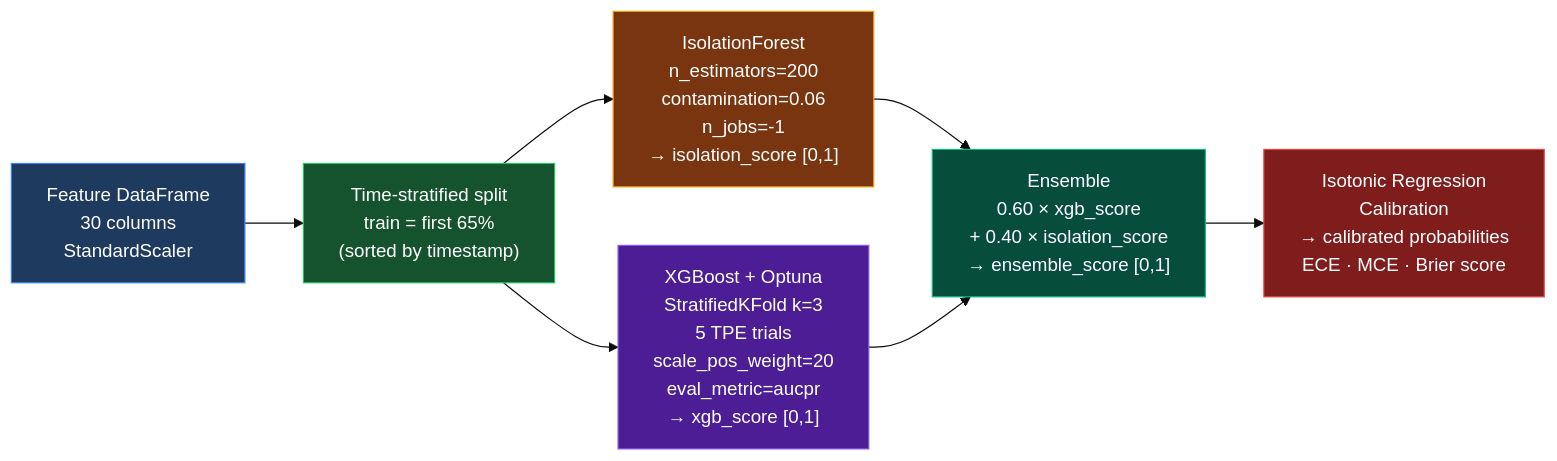
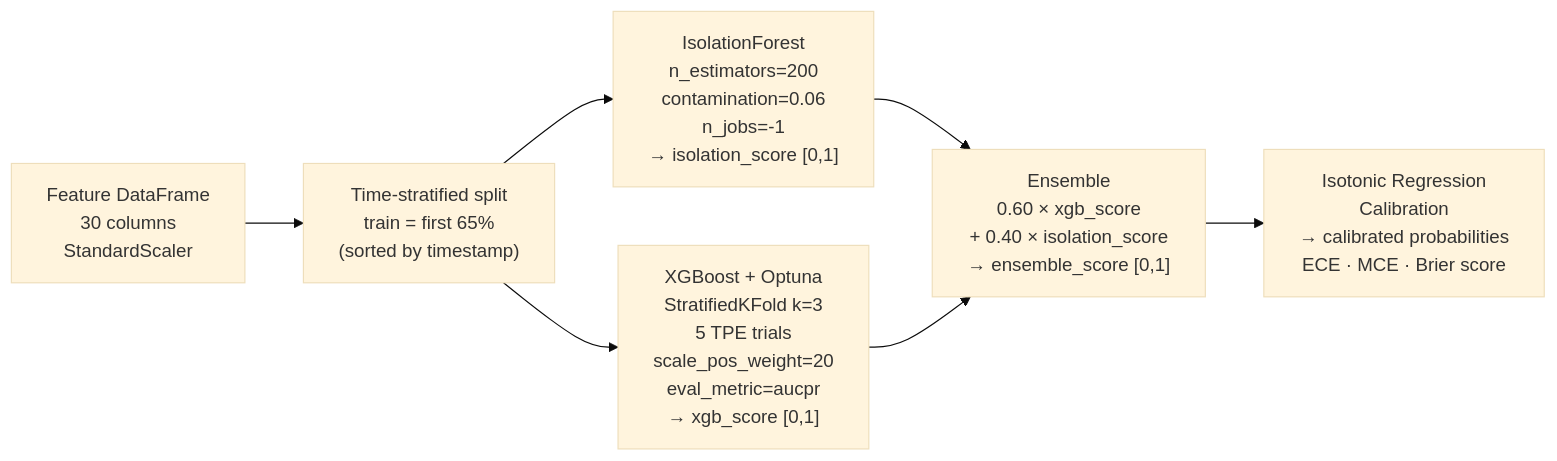
The seventh of 23 diagrams in README.md (gregorizeidler/AML-multiverse-simulator), drawn with Mermaid (base theme) before and after one commit. The commit also changed other lines of this file, not shown here.

Commit message:
fix: remove all custom mermaid style directives incompatible with GitHub renderer

````diff
--- a/README.md
+++ b/README.md
@@ -738,17 +703,11 @@
 ```mermaid
 flowchart LR
-    style F fill:#1e3a5f,stroke:#3b82f6,color:#fff
-    style TR fill:#14532d,stroke:#22c55e,color:#fff
-    style IF fill:#78350f,stroke:#f59e0b,color:#fff
-    style XG fill:#4c1d95,stroke:#8b5cf6,color:#fff
-    style E fill:#064e3b,stroke:#10b981,color:#fff
-    style CA fill:#7f1d1d,stroke:#ef4444,color:#fff
 
     F["Feature DataFrame\n30 columns\nStandardScaler"] --> TR
     TR["Time-stratified split\ntrain = first 65%\n(sorted by timestamp)"] --> IF
     TR --> XG
     IF["IsolationForest\nn_estimators=200\ncontamination=0.06\nn_jobs=-1\n→ isolation_score [0,1]"] --> E
     XG["XGBoost + Optuna\nStratifiedKFold k=3\n5 TPE trials\nscale_pos_weight=20\neval_metric=aucpr\n→ xgb_score [0,1]"] --> E
     E["Ensemble\n0.60 × xgb_score\n+ 0.40 × isolation_score\n→ ensemble_score [0,1]"] --> CA
     CA["Isotonic Regression\nCalibration\n→ calibrated probabilities\nECE · MCE · Brier score"]
 ```
````
